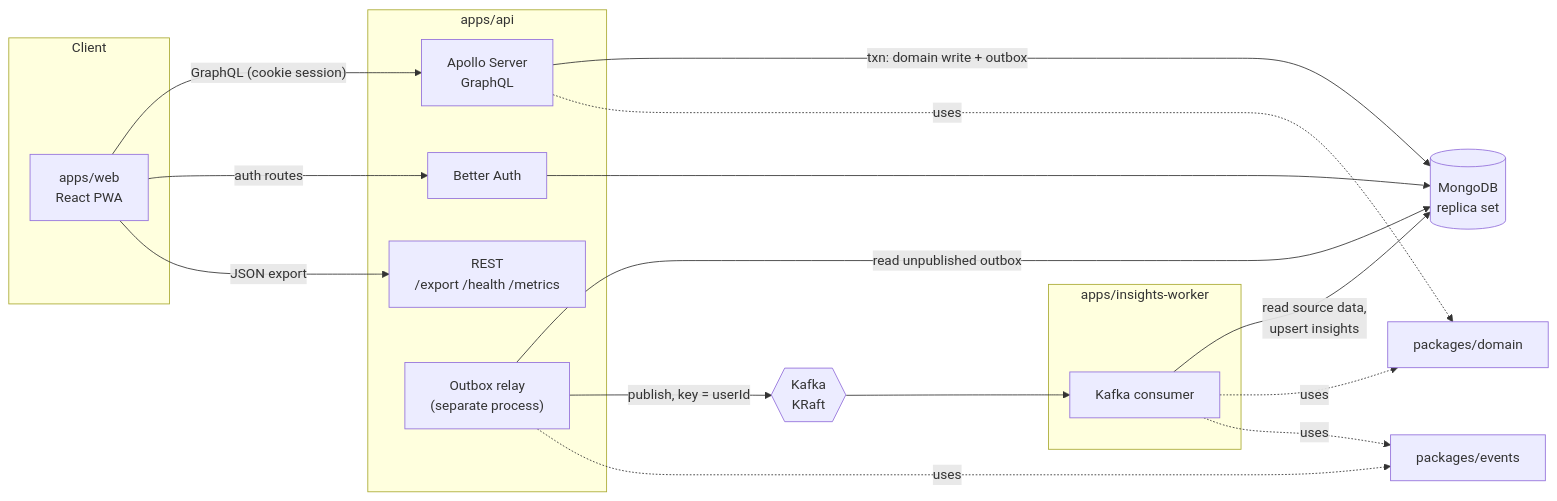
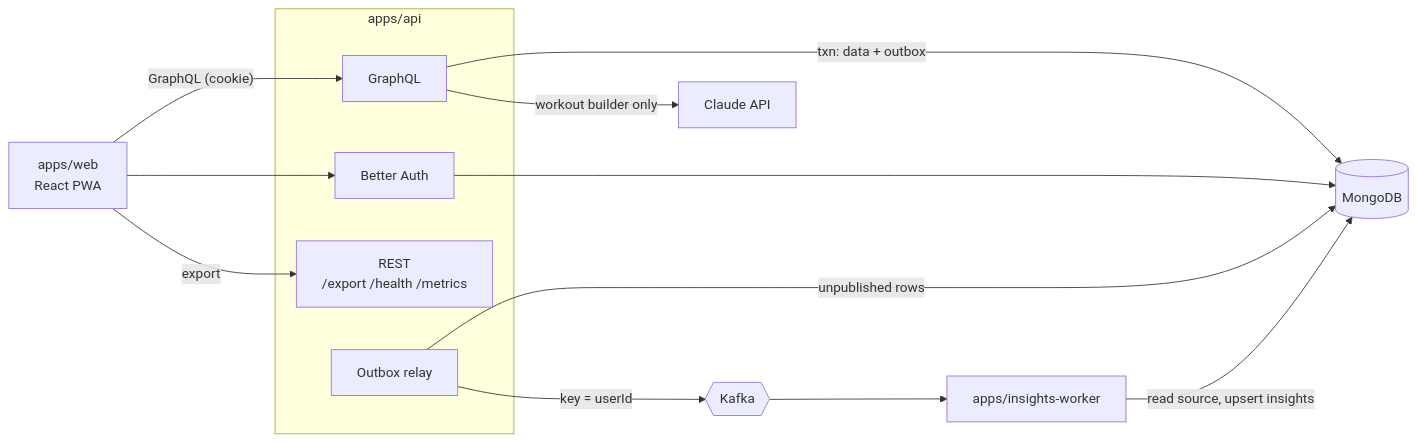
Before and after one commit to kelllyy101/cadence: the first of 2 diagrams in docs/architecture/ARCHITECTURE.md, drawn with Mermaid. The commit also changed other lines of this file, not shown here.

Commit message:
docs(architecture): condense components, flows, data model and privacy design

````diff
--- a/docs/architecture/ARCHITECTURE.md
+++ b/docs/architecture/ARCHITECTURE.md
@@ -21,33 +18,25 @@
 ```mermaid
 flowchart LR
-  subgraph Client
-    WEB["apps/web<br/>React PWA"]
-  end
+  WEB["apps/web<br/>React PWA"]
   subgraph API["apps/api"]
-    GQL["Apollo Server<br/>GraphQL"]
+    GQL["GraphQL"]
     AUTH["Better Auth"]
     REST["REST<br/>/export /health /metrics"]
-    RELAY["Outbox relay<br/>(separate process)"]
+    RELAY["Outbox relay"]
   end
-  subgraph Worker["apps/insights-worker"]
-    CONS["Kafka consumer"]
-  end
-  DB[("MongoDB<br/>replica set")]
-  K{{"Kafka<br/>KRaft"}}
-  DOM["packages/domain"]
-  EVT["packages/events"]
+  CONS["apps/insights-worker"]
+  DB[("MongoDB")]
+  K{{"Kafka"}}
+  LLM["Claude API"]
 
-  WEB -- "GraphQL (cookie session)" --> GQL
-  WEB -- "auth routes" --> AUTH
-  WEB -- "JSON export" --> REST
-  GQL -- "txn: domain write + outbox" --> DB
+  WEB -- "GraphQL (cookie)" --> GQL
+  WEB --> AUTH
+  WEB -- "export" --> REST
+  GQL -- "txn: data + outbox" --> DB
+  GQL -- "workout builder only" --> LLM
   AUTH --> DB
-  RELAY -- "read unpublished outbox" --> DB
-  RELAY -- "publish, key = userId" --> K
+  RELAY -- "unpublished rows" --> DB
+  RELAY -- "key = userId" --> K
   K --> CONS
-  CONS -- "read source data,<br/>upsert insights" --> DB
-  GQL -. uses .-> DOM
-  CONS -. uses .-> DOM
-  RELAY -. uses .-> EVT
-  CONS -. uses .-> EVT
+  CONS -- "read source, upsert insights" --> DB
 ```
````
